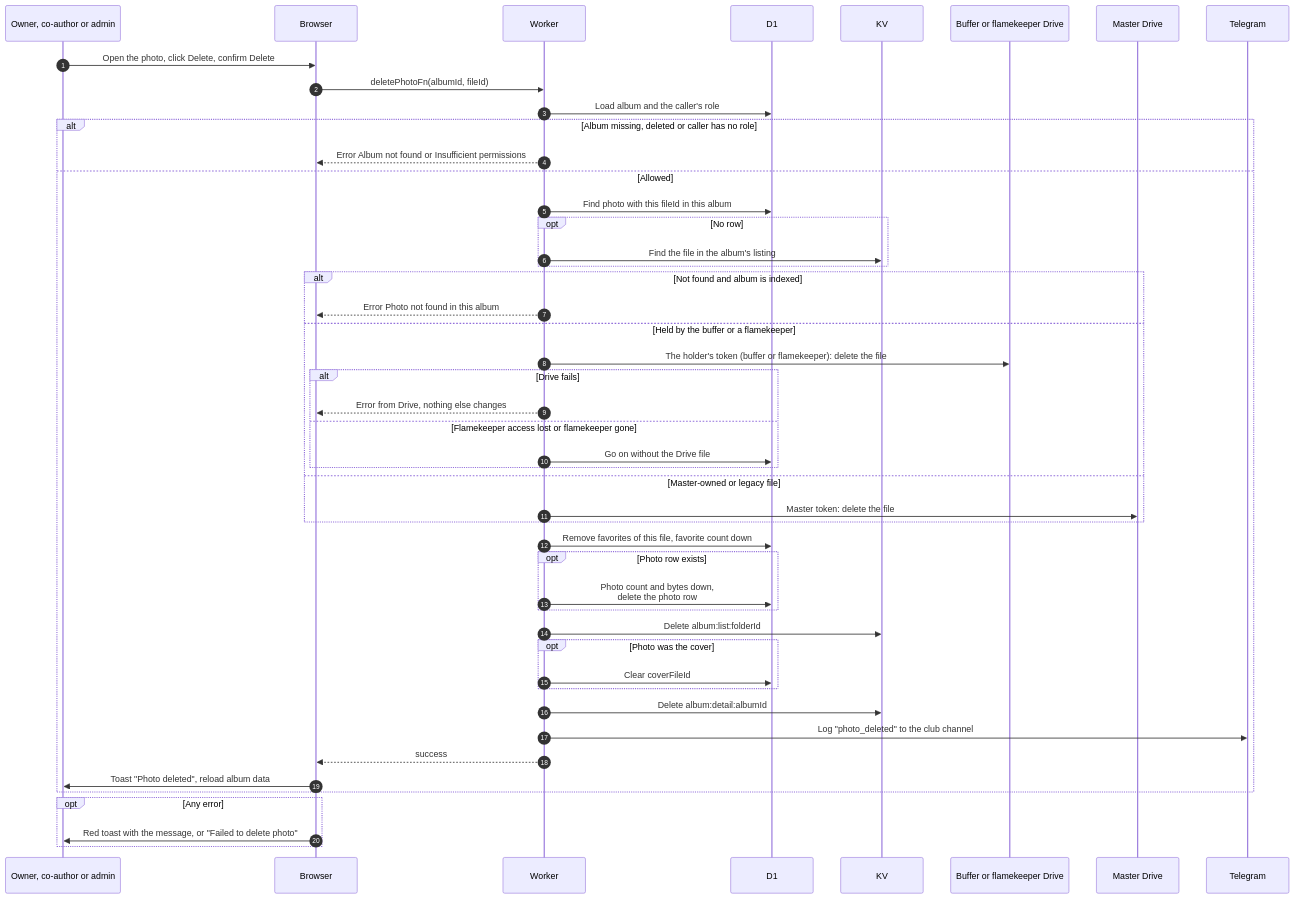
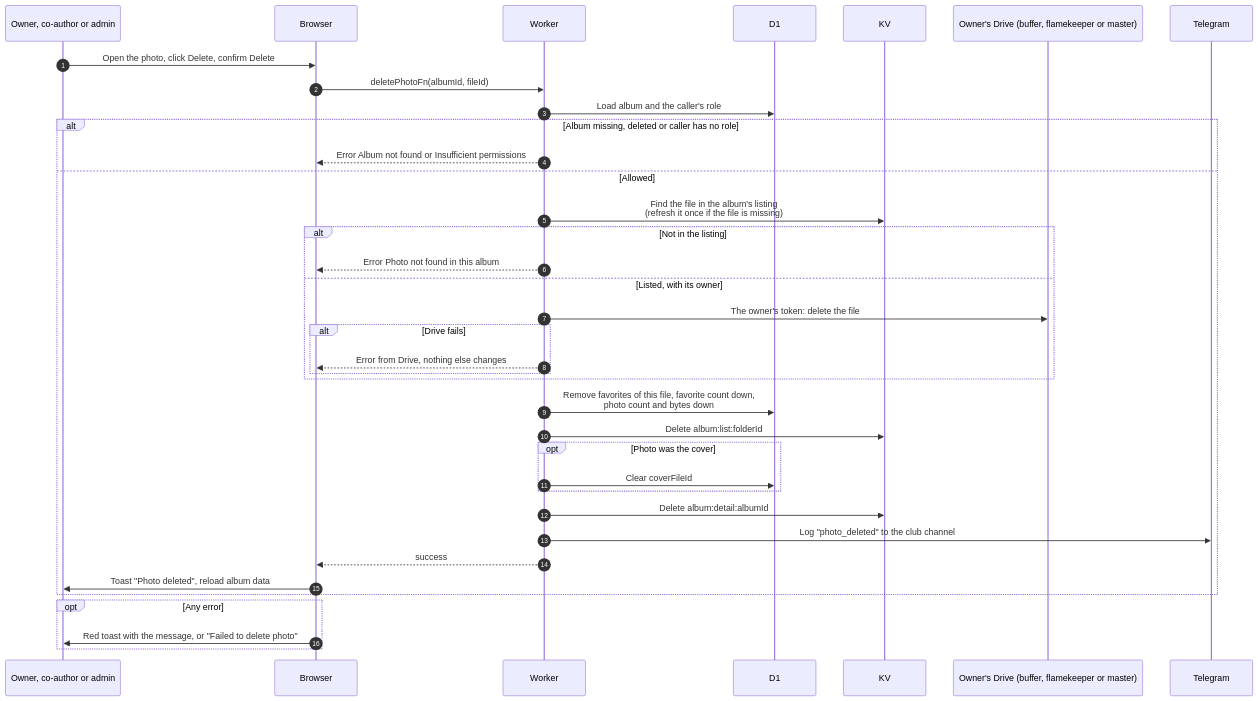
The diagram in docs/scenarios/albums/delete-photo.md (sagyzdop/meriksirat), drawn with Mermaid before and after one commit. The commit also changed other lines of this file and 45 other files, not shown here.

````diff
--- a/docs/scenarios/albums/delete-photo.md
+++ b/docs/scenarios/albums/delete-photo.md
@@ -16,50 +14,39 @@
 ```mermaid
 sequenceDiagram
     autonumber
     participant M as Owner, co-author or admin
     participant B as Browser
     participant W as Worker
     participant D as D1
     participant K as KV
-    participant F as Buffer or flamekeeper Drive
-    participant G as Master Drive
+    participant F as Owner's Drive (buffer, flamekeeper or master)
     participant T as Telegram
     M->>B: Open the photo, click Delete, confirm Delete
     B->>W: deletePhotoFn(albumId, fileId)
     W->>D: Load album and the caller's role
     alt Album missing, deleted or caller has no role
         W-->>B: Error Album not found or Insufficient permissions
     else Allowed
-        W->>D: Find photo with this fileId in this album
-        opt No row
-            W->>K: Find the file in the album's listing
-        end
-        alt Not found and album is indexed
+        W->>K: Find the file in the album's listing<br/>(refresh it once if the file is missing)
+        alt Not in the listing
             W-->>B: Error Photo not found in this album
-        else Held by the buffer or a flamekeeper
-            W->>F: The holder's token (buffer or flamekeeper): delete the file
+        else Listed, with its owner
+            W->>F: The owner's token: delete the file
             alt Drive fails
                 W-->>B: Error from Drive, nothing else changes
-            else Flamekeeper access lost or flamekeeper gone
-                W->>D: Go on without the Drive file
             end
-        else Master-owned or legacy file
-            W->>G: Master token: delete the file
         end
-        W->>D: Remove favorites of this file, favorite count down
-        opt Photo row exists
-            W->>D: Photo count and bytes down,<br/>delete the photo row
-        end
+        W->>D: Remove favorites of this file, favorite count down,<br/>photo count and bytes down
         W->>K: Delete album:list:folderId
         opt Photo was the cover
             W->>D: Clear coverFileId
         end
         W->>K: Delete album:detail:albumId
         W->>T: Log "photo_deleted" to the club channel
         W-->>B: success
         B->>M: Toast "Photo deleted", reload album data
     end
     opt Any error
         B->>M: Red toast with the message, or "Failed to delete photo"
     end
 ```
````
